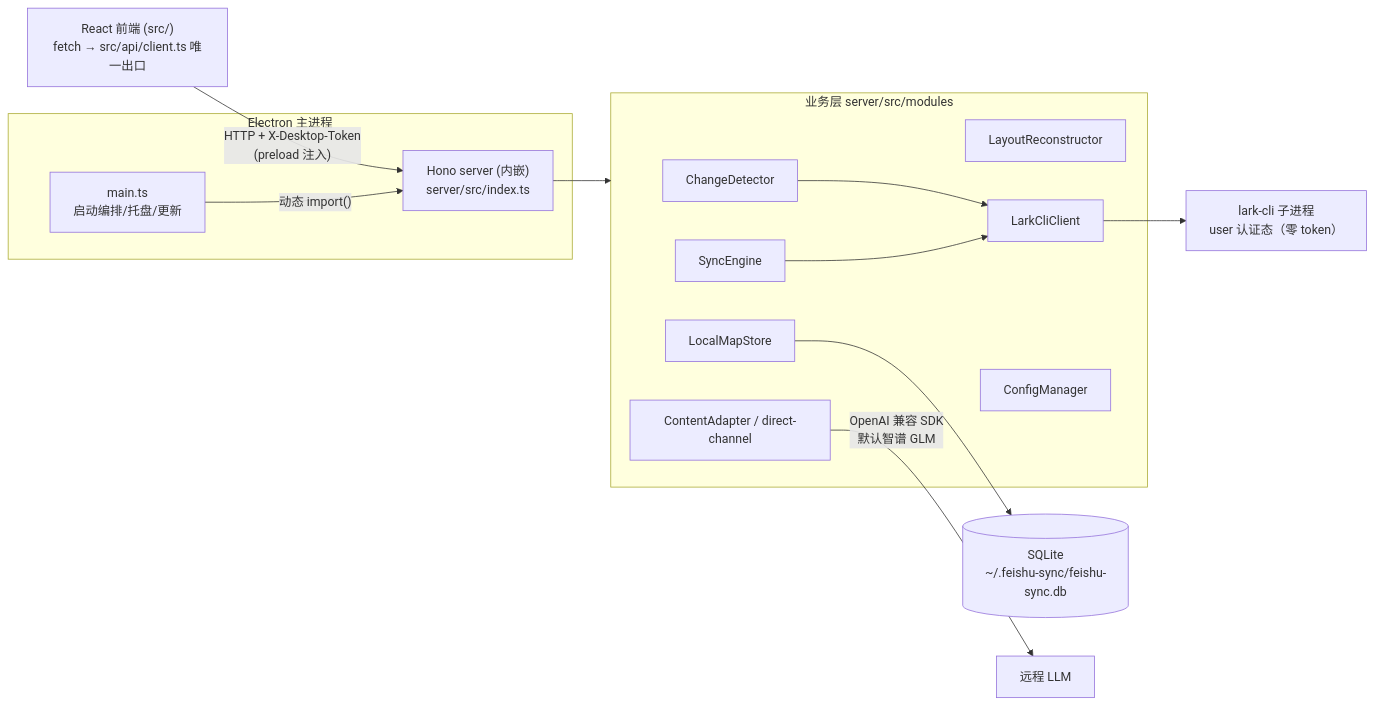
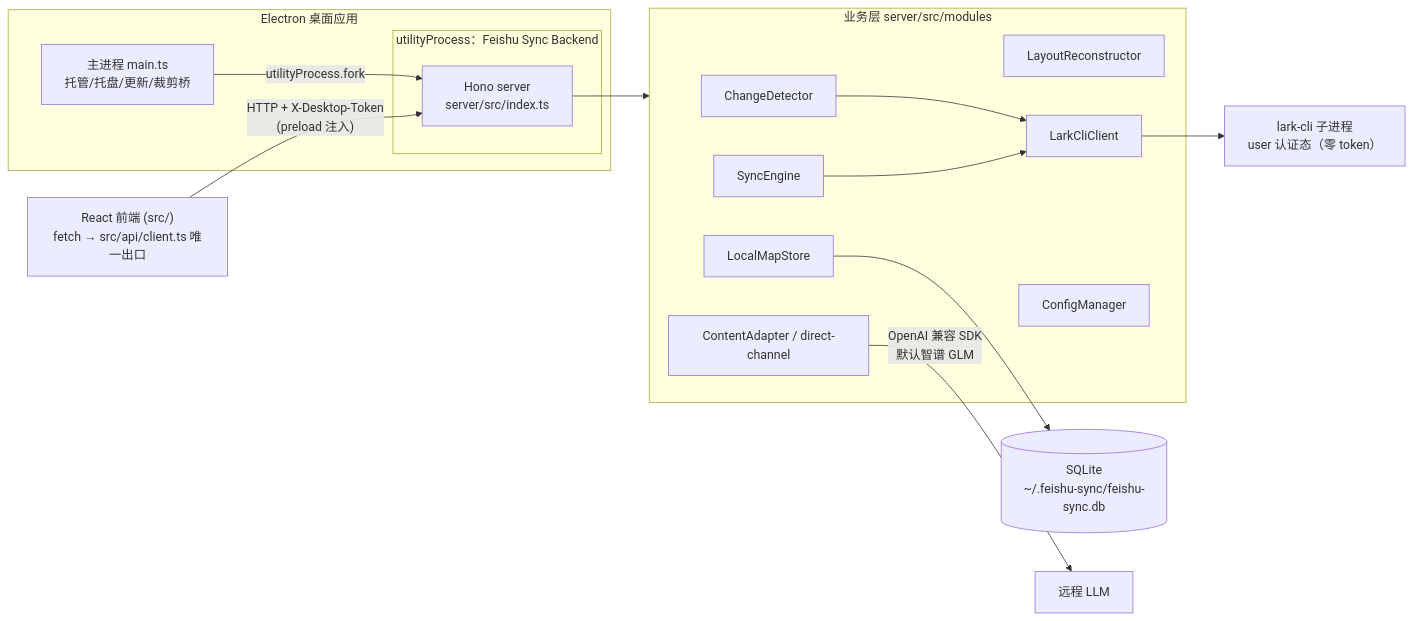
Before and after one commit to runrunrain/feishu-sync: the first of 2 diagrams in docs/architecture.md, drawn with Mermaid. The commit also changed other lines of this file and 270 other files, not shown here.

````diff
--- a/docs/architecture.md
+++ b/docs/architecture.md
@@ -9,28 +9,30 @@
 ```mermaid
 flowchart LR
-    subgraph Electron["Electron 主进程"]
-        MAIN["main.ts<br/>启动编排/托盘/更新"]
-        SRV["Hono server (内嵌)<br/>server/src/index.ts"]
+    subgraph ElectronApp["Electron 桌面应用"]
+        MAIN["主进程 main.ts<br/>托管/托盘/更新/裁剪桥"]
+        subgraph UTILITY["utilityProcess：Feishu Sync Backend"]
+            SRV["Hono server<br/>server/src/index.ts"]
+        end
+        MAIN -- "utilityProcess.fork" --> SRV
     end
     subgraph Modules["业务层 server/src/modules"]
         DET[ChangeDetector]
         SYNC[SyncEngine]
         LAYOUT[LayoutReconstructor]
         LLM[ContentAdapter / direct-channel]
         MAP[LocalMapStore]
         LARK[LarkCliClient]
         CFG[ConfigManager]
     end
     DB[("SQLite<br/>~/.feishu-sync/feishu-sync.db")]
     FE["React 前端 (src/)<br/>fetch → src/api/client.ts 唯一出口"]
     LARKCLI["lark-cli 子进程<br/>user 认证态（零 token）"]
 
     FE -- "HTTP + X-Desktop-Token<br/>(preload 注入)" --> SRV
-    MAIN -- "动态 import()" --> SRV
     SRV --> Modules
     MAP --> DB
     LARK --> LARKCLI
     DET --> LARK
     SYNC --> LARK
     LLM -- "OpenAI 兼容 SDK<br/>默认智谱 GLM" --> REMOTE["远程 LLM"]
 ```
````
